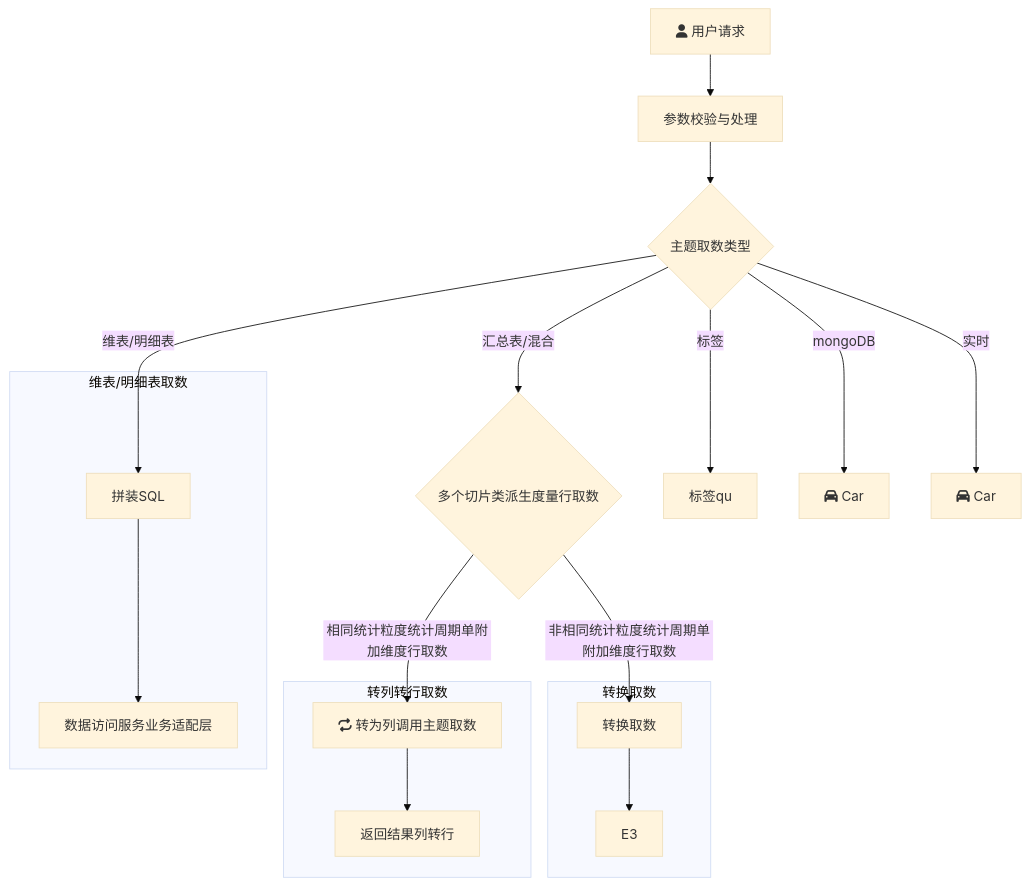
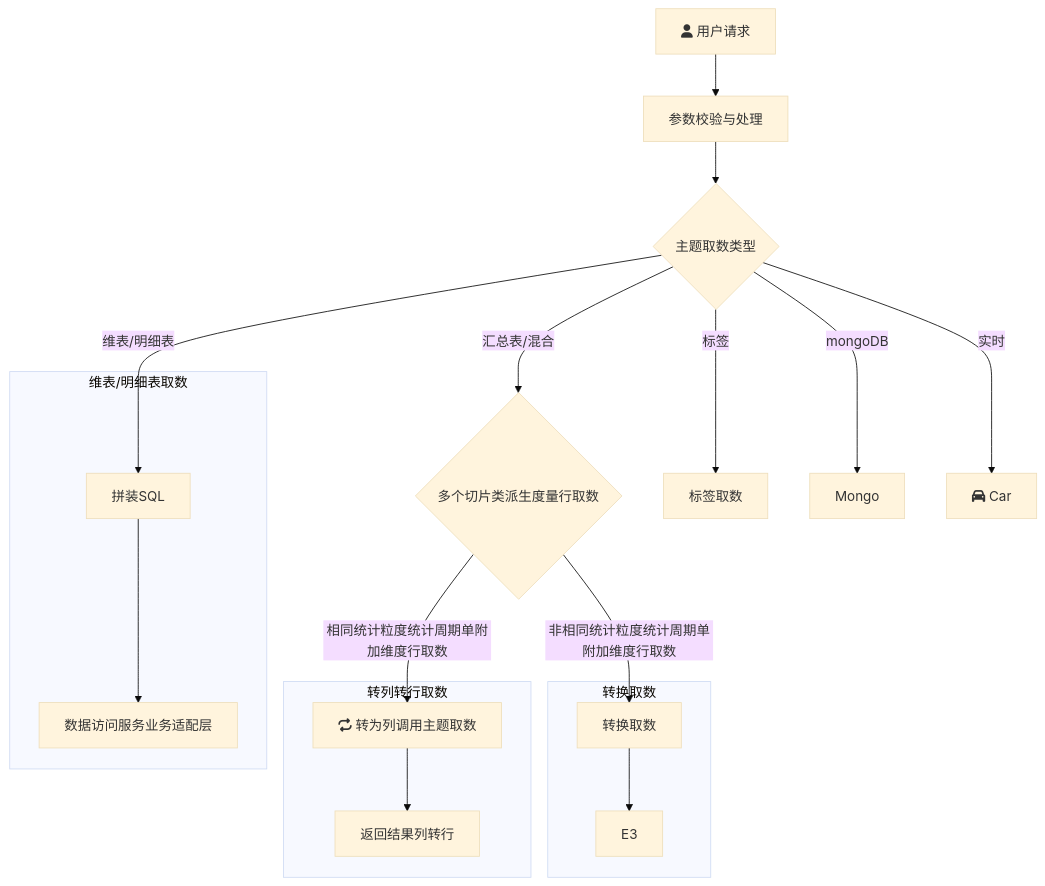
The diagram in all/未命名.md (yanglosm/iodraw-files), drawn with Mermaid (base theme) before and after one commit.

Commit message:
2024-11-29 18:30:25 update

````diff
--- a/all/未命名.md
+++ b/all/未命名.md
@@ -1,20 +1,20 @@
 ```mermaid
 flowchart TD
     A[fa:fa-user 用户请求] -->A1[参数校验与处理] --> B{主题取数类型}
     B -->|维表/明细表| D[拼装SQL]
     B -->|汇总表/混合| E{多个切片类派生度量行取数}
-    B -->|标签| F[标签qu]
-    B -->|mongoDB| G[fa:fa-car Car]
+    B -->|标签| F[标签取数]
+    B -->|mongoDB| G[Mongo]
     B -->|实时| H[fa:fa-car Car]
     E -->|相同统计粒度统计周期单附加维度行取数| E1[fa:fa-repeat 转为列调用主题取数]
     E -->|非相同统计粒度统计周期单附加维度行取数| E2[转换取数]
     subgraph 维表/明细表取数
     D-->D1[数据访问服务业务适配层]
     end
     subgraph 转列转行取数
     E1-->E11[返回结果列转行]
     end
     subgraph 转换取数
     E2-->E3
     end
 ```
````
